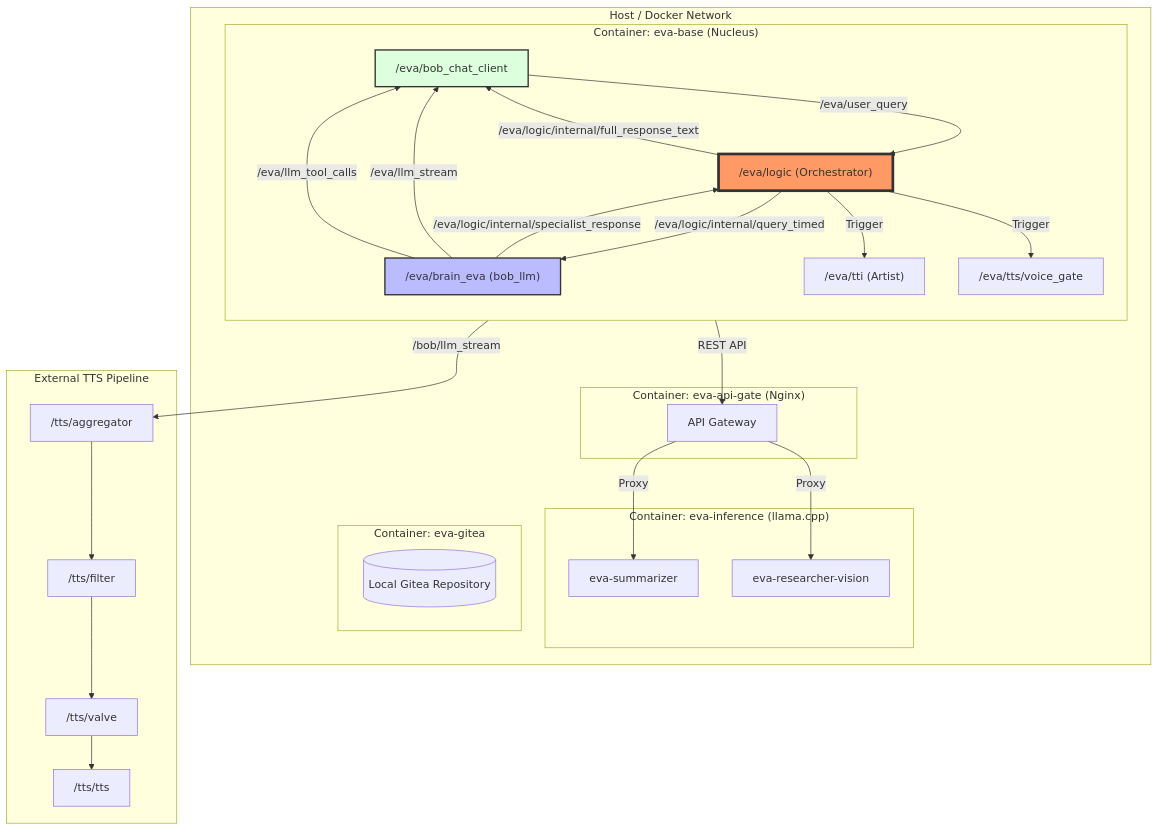
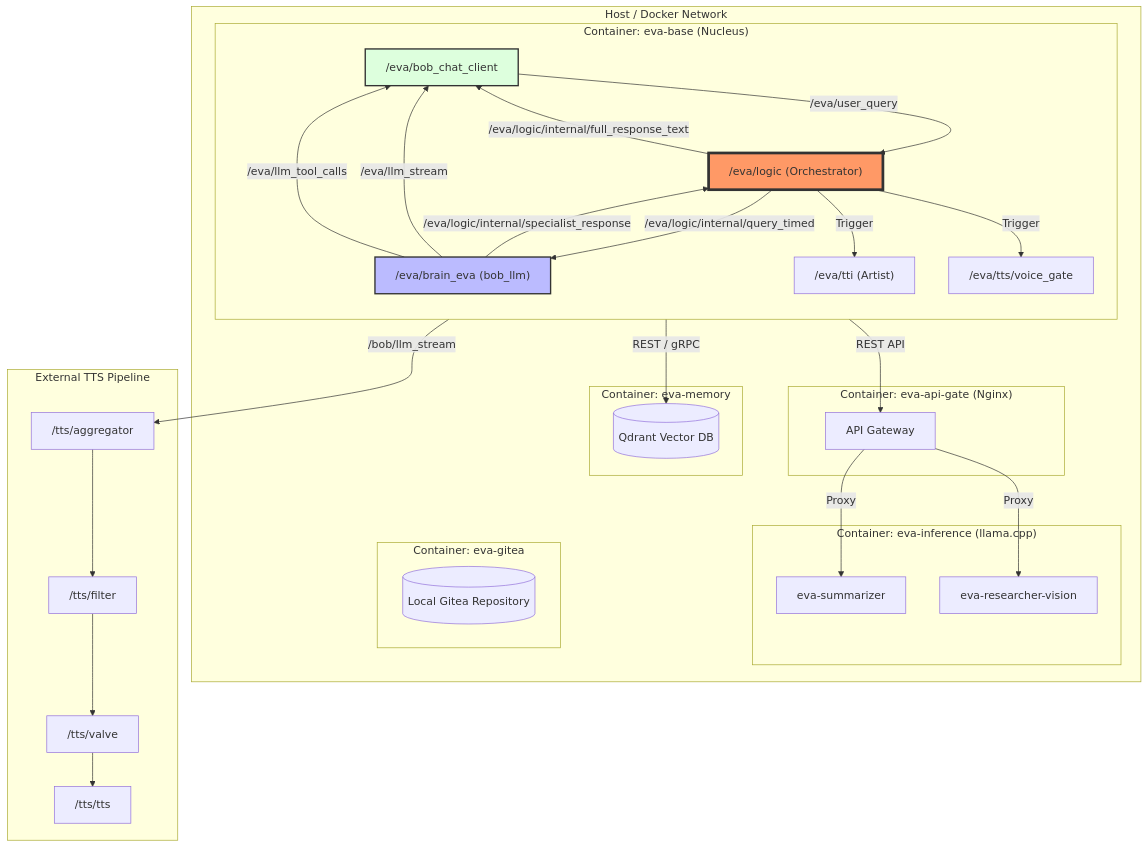
The diagram in diagrams/architecture.md (bob-ros2/bob_central), drawn with Mermaid before and after one commit. The commit also changed 10 other files, not shown here.

Commit message:
feat: add Qdrant vector memory layer and update documentation

````diff
--- a/diagrams/architecture.md
+++ b/diagrams/architecture.md
@@ -5,56 +5,63 @@
 ```mermaid
 graph TD
     subgraph "Host / Docker Network"
         subgraph "Container: eva-api-gate (Nginx)"
             GATE[API Gateway]
         end
 
         subgraph "Container: eva-inference (llama.cpp)"
             SUM[eva-summarizer]
             VIS[eva-researcher-vision]
         end
 
         subgraph "Container: eva-base (Nucleus)"
             direction TB
             CLIENT["/eva/bob_chat_client"]
             LOGIC["/eva/logic (Orchestrator)"]
             BRAIN["/eva/brain_eva (bob_llm)"]
             TTI["/eva/tti (Artist)"]
             VGATE["/eva/tts/voice_gate"]
         end
 
         subgraph "Container: eva-gitea"
             GITEA[(Local Gitea Repository)]
         end
+
+        subgraph "Container: eva-memory"
+            QDRANT[(Qdrant Vector DB)]
+        end
     end
 
     %% Communication Flow
     CLIENT -- "/eva/user_query" --> LOGIC
     LOGIC -- "/eva/logic/internal/query_timed" --> BRAIN
     BRAIN -- "/eva/logic/internal/specialist_response" --> LOGIC
     BRAIN -- "/eva/llm_stream" --> CLIENT
     BRAIN -- "/eva/llm_tool_calls" --> CLIENT
     LOGIC -- "/eva/logic/internal/full_response_text" --> CLIENT
+    
+    %% Memory Access
+    BRAIN -- "REST / gRPC" --> QDRANT
     
     %% Specialist Actions
     LOGIC -- "Trigger" --> TTI
     LOGIC -- "Trigger" --> VGATE
     
     %% External / TTS Block
     subgraph "External TTS Pipeline"
         VGATE -- "/bob/llm_stream" --> AGG["/tts/aggregator"]
         AGG --> FILT["/tts/filter"]
         FILT --> VAL["/tts/valve"]
         VAL --> TTS["/tts/tts"]
     end
 
     %% Inference Links
     GATE -- "Proxy" --> SUM
     GATE -- "Proxy" --> VIS
     BRAIN -- "REST API" --> GATE
     
     %% Style
     style LOGIC fill:#f96,stroke:#333,stroke-width:4px
     style BRAIN fill:#bbf,stroke:#333,stroke-width:2px
     style CLIENT fill:#dfd,stroke:#333,stroke-width:2px
 ```
````
